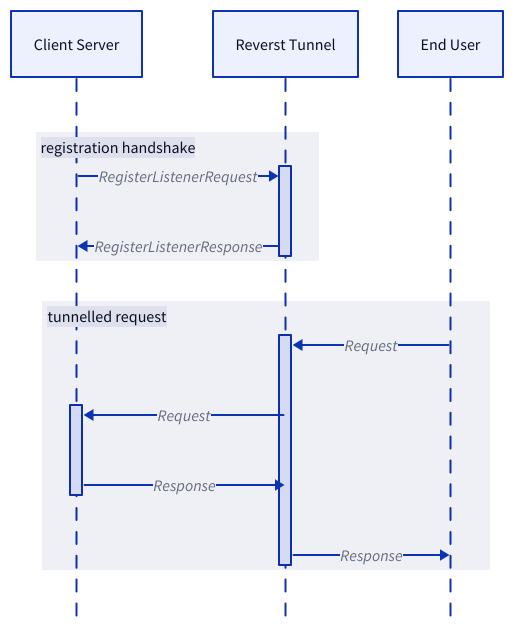
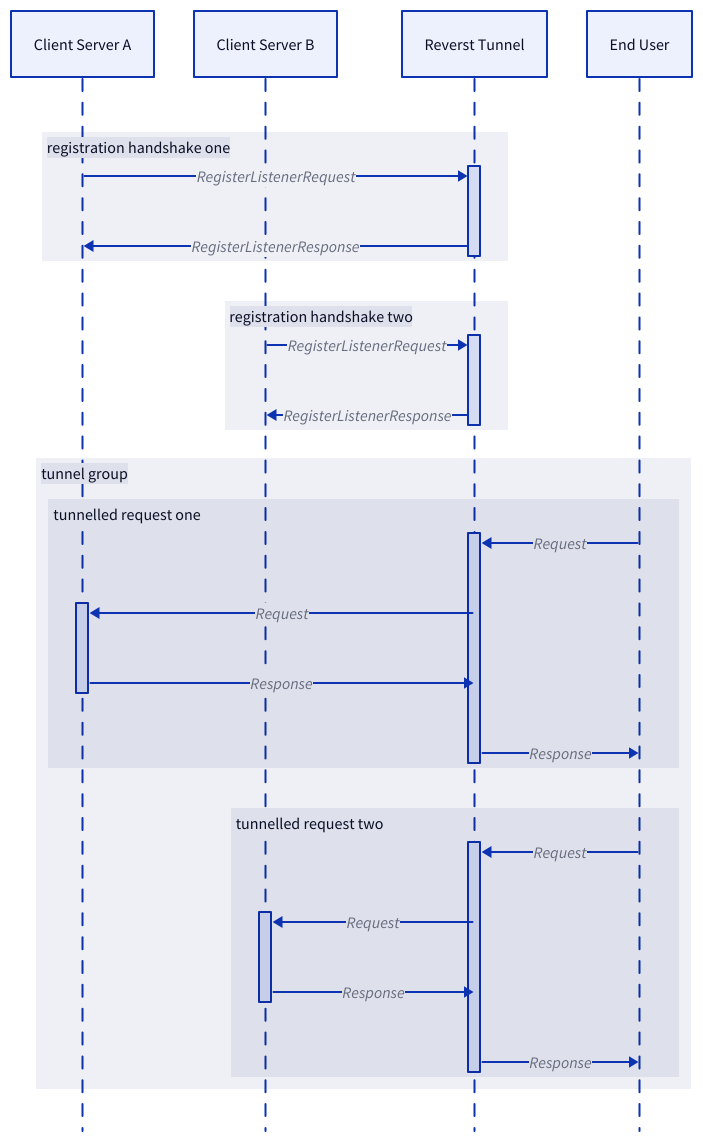
Before and after one commit to flipt-io/reverst: the diagram in diagram.d2, drawn with D2. The commit also changed 2 other files, not shown here.

Commit message:
chore: update README and with usecase and expand diagram

```diff
--- a/diagram.d2
+++ b/diagram.d2
@@ -1,17 +1,33 @@
 shape: sequence_diagram
 
-client: Client Server
+client_one: Client Server A
+client_two: Client Server B
 reverst: Reverst Tunnel
+
+registration handshake one: {
+  client_one -> reverst.handshake: RegisterListenerRequest
+  reverst.handshake -> client_one: RegisterListenerResponse
+}
+
+registration handshake two: {
+  client_two -> reverst.handshake_two: RegisterListenerRequest
+  reverst.handshake_two -> client_two: RegisterListenerResponse
+}
+
 user: End User
 
-registration handshake: {
-  client -> reverst.handshake: RegisterListenerRequest
-  reverst.handshake -> client: RegisterListenerResponse
+tunnel group: {
+  tunnelled request one: {
+    user -> reverst.req: Request
+    reverst -> client_one.req: Request
+    client_one.req -> reverst: Response
+    reverst.req -> user: Response
+  }
+
+  tunnelled request two: {
+    user -> reverst.req_two: Request
+    reverst -> client_two.req_two: Request
+    client_two.req_two -> reverst: Response
+    reverst.req_two -> user: Response
+  }
 }
-
-tunnelled request: {
-  user -> reverst.req: Request
-  reverst -> client.req: Request
-  client.req -> reverst: Response
-  reverst.req -> user: Response
-}
```
